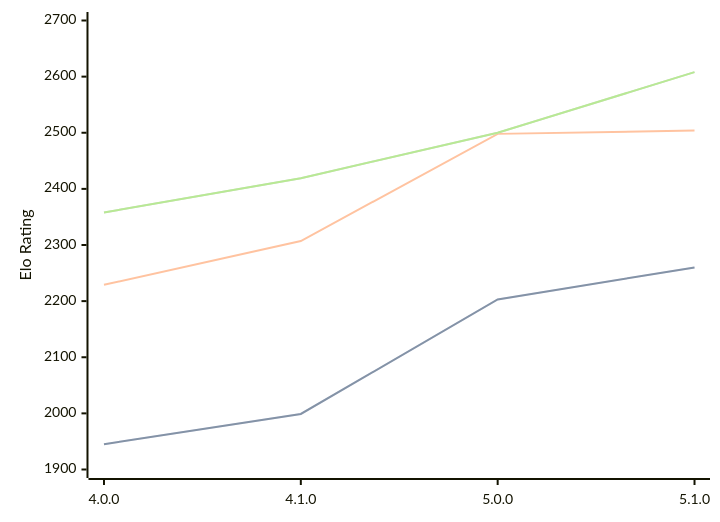
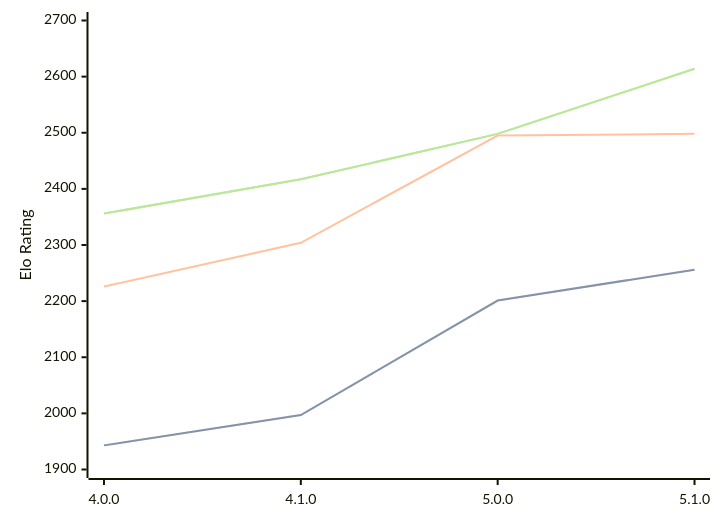
Before and after one commit to computer-chess-index/cci: the diagram in engines/Aconcagua.md, drawn with Mermaid. The commit also changed other lines of this file, not shown here.

Commit message:
Update CCI Ratings (ELO VLTC) - 2026-03-11

````diff
--- a/engines/Aconcagua.md
+++ b/engines/Aconcagua.md
@@ -41,11 +41,11 @@
 ```mermaid
 %%{init: {"theme":"base","themeVariables":{"seriesColors:['#a3a3a3','#222221','#faa371']}}}%%
 xychart-beta
   x-axis ["4.0.0", "4.1.0", "5.0.0", "5.1.0"]
   y-axis "Elo Rating" 1900 --> 2700
-  line "STC (8.0+0.08s)" [1945, 1999, 2203, 2260]
-  line "STC (8.0+0.08s)" [1945, 1999, 2203, 2260]
-  line "LTC (60.0+0.60s)" [2229, 2307, 2498, 2504]
-  line "VLTC (2m24s+1.12s)" [2358, 2419, 2500, 2608]
-  line "VLTC (2m24s+1.12s)" [2358, 2419, 2500, 2608]
+  line "STC (8.0+0.08s)" [1943, 1997, 2201, 2256]
+  line "STC (8.0+0.08s)" [1943, 1997, 2201, 2256]
+  line "LTC (60.0+0.60s)" [2226, 2304, 2495, 2498]
+  line "VLTC (2m24s+1.12s)" [2356, 2417, 2498, 2614]
+  line "VLTC (2m24s+1.12s)" [2356, 2417, 2498, 2614]
 ```
````
